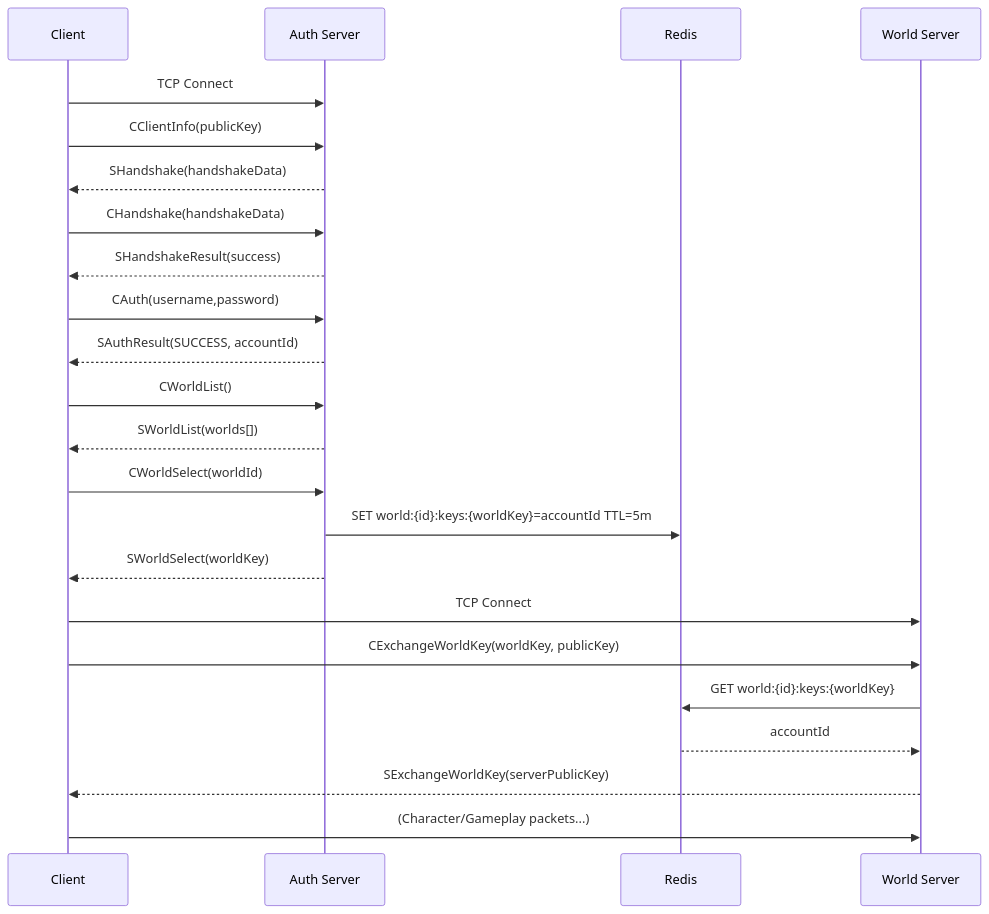
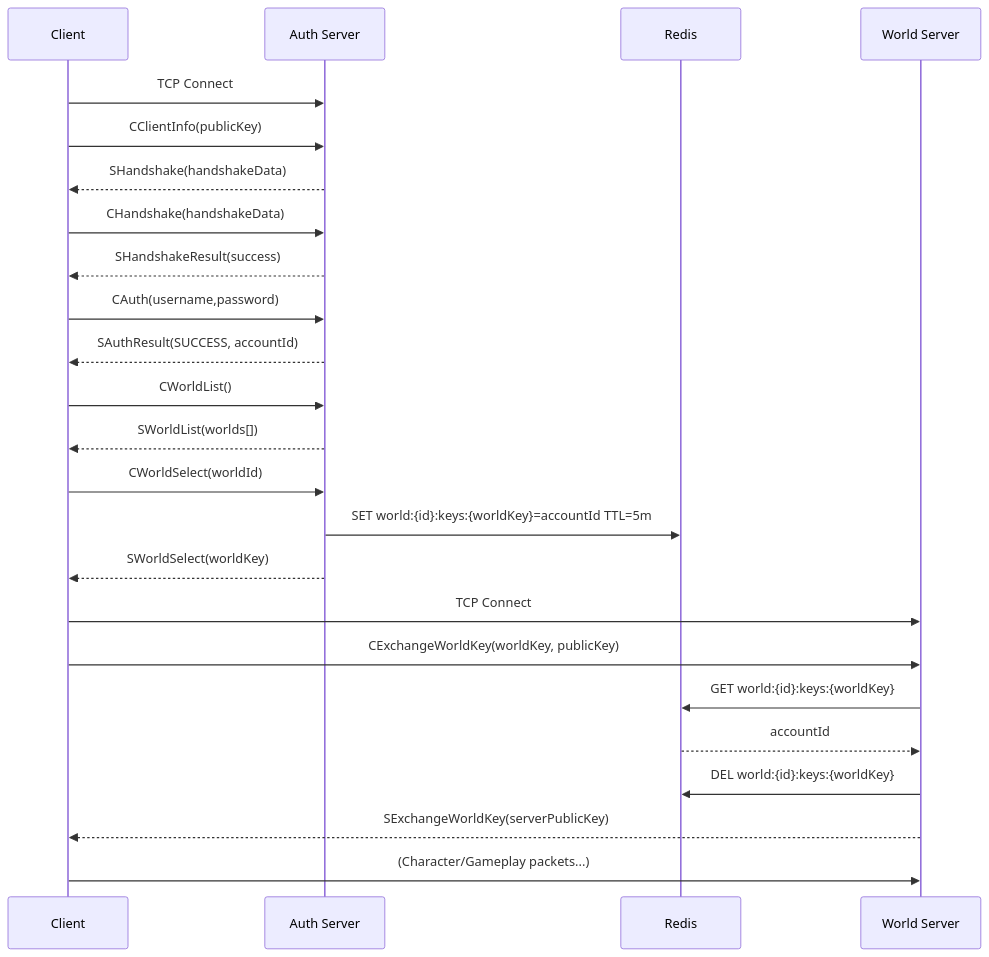
One commit to WoozChucky/Avalon.Server changed the diagram in docs/networking-packet-protocol.md. Above: the diagram before and after it, drawn with Mermaid. The commit also changed other lines of this file, not shown here.

Commit message:
docs: fix packet protocol doc — DEL step, inWorld mutex, key casing

````diff
--- a/docs/networking-packet-protocol.md
+++ b/docs/networking-packet-protocol.md
@@ -68,26 +69,27 @@
 ```mermaid
 sequenceDiagram
     participant Client
     participant Auth as Auth Server
     participant Redis
     participant World as World Server
 
     Client->>Auth: TCP Connect
     Client->>Auth: CClientInfo(publicKey)
     Auth-->>Client: SHandshake(handshakeData)
     Client->>Auth: CHandshake(handshakeData)
     Auth-->>Client: SHandshakeResult(success)
     Client->>Auth: CAuth(username,password)
     Auth-->>Client: SAuthResult(SUCCESS, accountId)
     Client->>Auth: CWorldList()
     Auth-->>Client: SWorldList(worlds[])
     Client->>Auth: CWorldSelect(worldId)
     Auth->>Redis: SET world:{id}:keys:{worldKey}=accountId TTL=5m
     Auth-->>Client: SWorldSelect(worldKey)
     Client->>World: TCP Connect
     Client->>World: CExchangeWorldKey(worldKey, publicKey)
     World->>Redis: GET world:{id}:keys:{worldKey}
     Redis-->>World: accountId
+    World->>Redis: DEL world:{id}:keys:{worldKey}
     World-->>Client: SExchangeWorldKey(serverPublicKey)
     Client->>World: (Character/Gameplay packets...)
 ```
````
